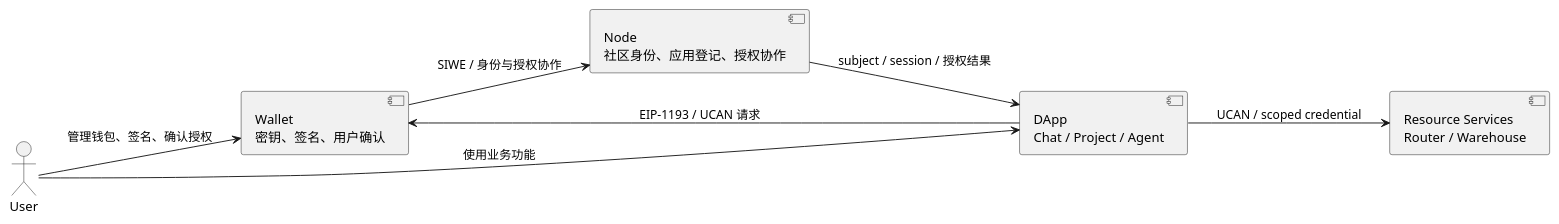
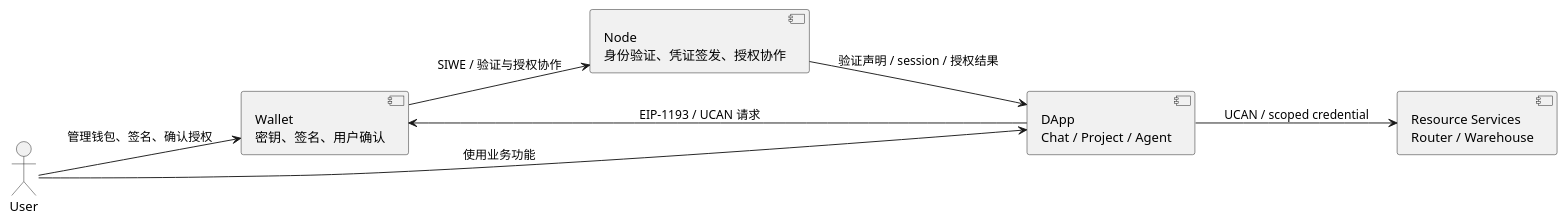
One commit to yeying-community/wallet changed the diagram in docs/README.md. Above: the diagram before and after it, drawn with PlantUML. The commit also changed other lines of this file and 27 other files, not shown here.

Commit message:
feat: complete wallet identity verification flow

````diff
--- a/docs/README.md
+++ b/docs/README.md
@@ -13,17 +13,17 @@
 ```plantuml
 @startuml
 left to right direction
 actor User
 component "Wallet\n密钥、签名、用户确认" as Wallet
-component "Node\n社区身份、应用登记、授权协作" as Node
+component "Node\n身份验证、凭证签发、授权协作" as Node
 component "DApp\nChat / Project / Agent" as App
 component "Resource Services\nRouter / Warehouse" as Resource
 
 User --> Wallet : 管理钱包、签名、确认授权
 User --> App : 使用业务功能
-Wallet --> Node : SIWE / 身份与授权协作
-Node --> App : subject / session / 授权结果
+Wallet --> Node : SIWE / 验证与授权协作
+Node --> App : 验证声明 / session / 授权结果
 App --> Wallet : EIP-1193 / UCAN 请求
 App --> Resource : UCAN / scoped credential
 @enduml
 ```
````
